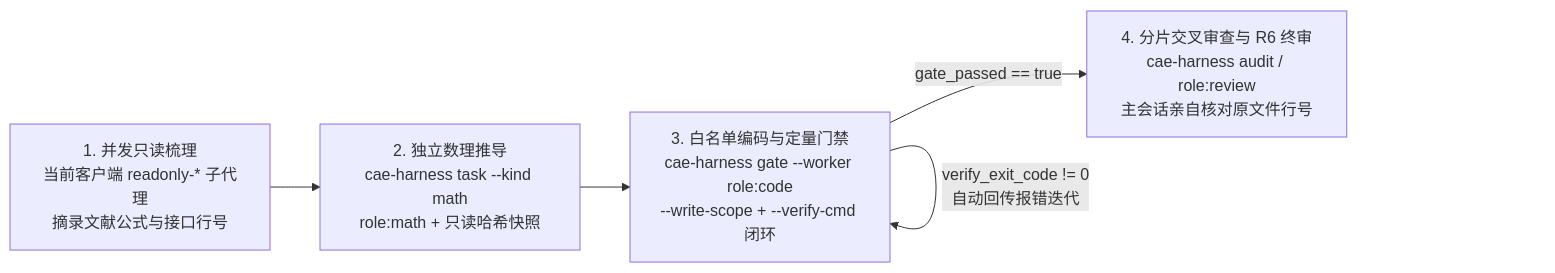
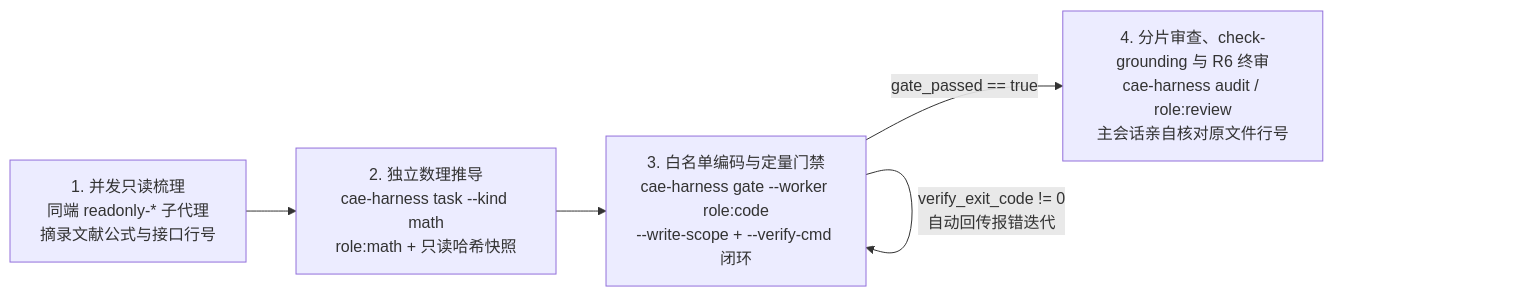
Before and after one commit to Xinyu-Li-1997/Antigravity_Codex_ClaudeCode_DeepSeekHarness: the diagram in docs/workflow-guide.md, drawn with Mermaid. The commit also changed other lines of this file and 24 other files, not shown here.

````diff
--- a/docs/workflow-guide.md
+++ b/docs/workflow-guide.md
@@ -67,7 +68,7 @@
 ```mermaid
 flowchart LR
-    S1["1. 并发只读梳理<br/>当前客户端 readonly-* 子代理<br/>摘录文献公式与接口行号"] --> S2["2. 独立数理推导<br/>cae-harness task --kind math<br/>role:math + 只读哈希快照"]
+    S1["1. 并发只读梳理<br/>同端 readonly-* 子代理<br/>摘录文献公式与接口行号"] --> S2["2. 独立数理推导<br/>cae-harness task --kind math<br/>role:math + 只读哈希快照"]
     S2 --> S3["3. 白名单编码与定量门禁<br/>cae-harness gate --worker role:code<br/>--write-scope + --verify-cmd 闭环"]
     S3 -->|verify_exit_code != 0<br/>自动回传报错迭代| S3
-    S3 -->|gate_passed == true| S4["4. 分片交叉审查与 R6 终审<br/>cae-harness audit / role:review<br/>主会话亲自核对原文件行号"]
+    S3 -->|gate_passed == true| S4["4. 分片审查、check-grounding 与 R6 终审<br/>cae-harness audit / role:review<br/>主会话亲自核对原文件行号"]
 ```
````
